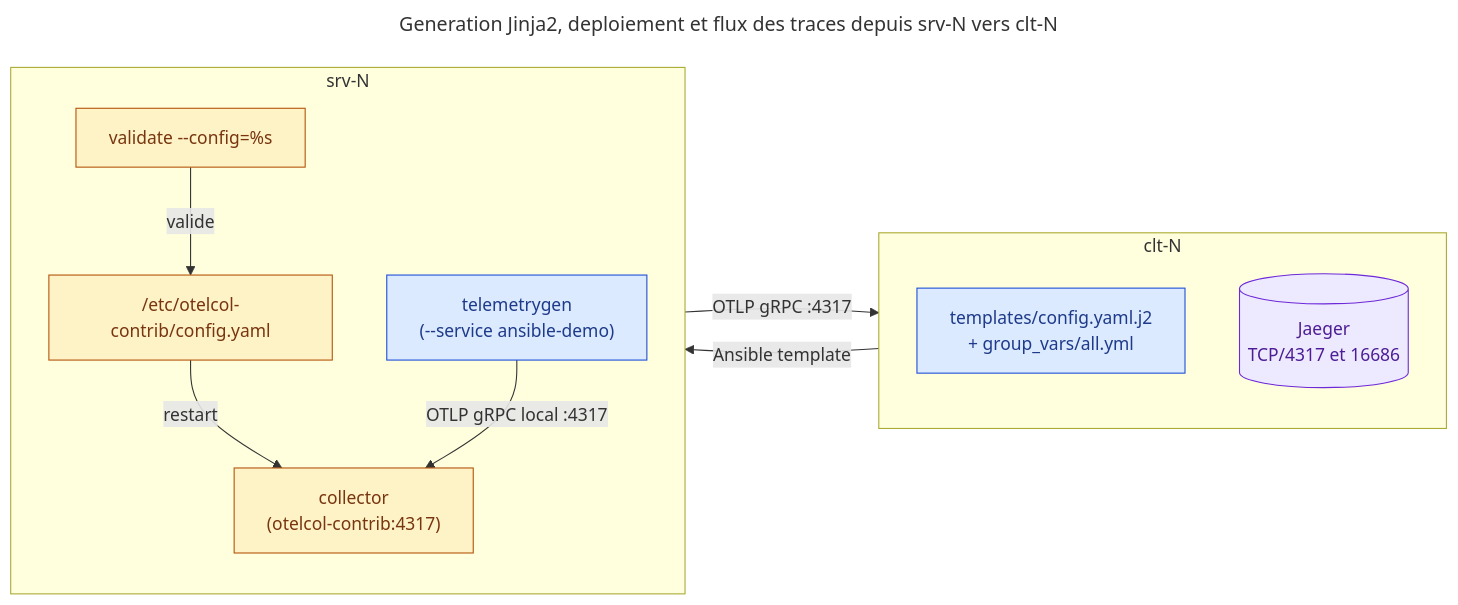
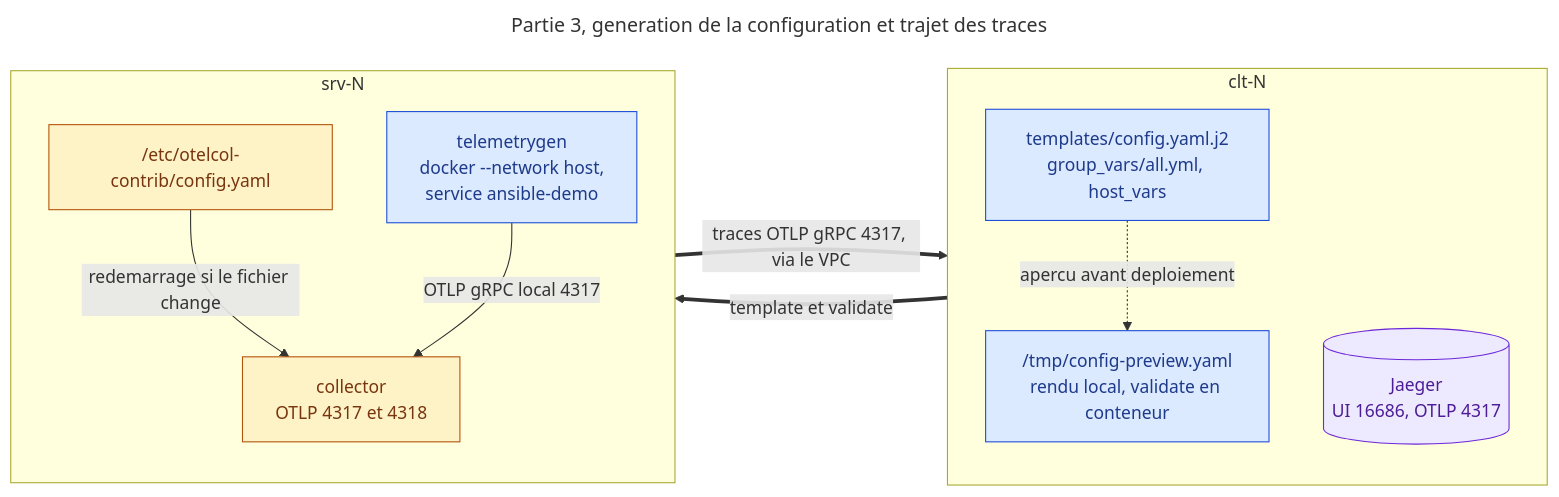
Before and after one commit to pragmatic-fermat/opentelemetry-labs: the fourth of 14 diagrams in Lab_04_Ansible_Jinja2.md, drawn with Mermaid. The commit also changed other lines of this file, not shown here.

First line of the commit message:
lab 4 : reprise des schemas Mermaid et ajouts pour la comprehension

````diff
--- a/Lab_04_Ansible_Jinja2.md
+++ b/Lab_04_Ansible_Jinja2.md
@@ -305,33 +342,33 @@
 ```mermaid
 ---
-title: Generation Jinja2, deploiement et flux des traces depuis srv-N vers clt-N
+title: Partie 3, generation de la configuration et trajet des traces
 ---
 flowchart LR
   subgraph CLT["clt-N"]
     direction TB
-    TPL["templates/config.yaml.j2<br/>+ group_vars/all.yml"]
-    JG[("Jaeger<br/>TCP/4317 et 16686")]
+    TPL["templates/config.yaml.j2<br/>group_vars/all.yml, host_vars"]
+    PRE["/tmp/config-preview.yaml<br/>rendu local, validate en conteneur"]
+    JG[("Jaeger<br/>UI 16686, OTLP 4317")]
+    TPL -.->|"apercu avant deploiement"| PRE
   end
 
   subgraph SRV["srv-N"]
     direction TB
-    VAL["validate --config=%s"]
     CFG["/etc/otelcol-contrib/config.yaml"]
-    TG["telemetrygen<br/>(--service ansible-demo)"]
-    COL["collector<br/>(otelcol-contrib:4317)"]
-    VAL -->|valide| CFG
-    CFG -->|restart| COL
-    TG -->|"OTLP gRPC local :4317"| COL
+    COL["collector<br/>OTLP 4317 et 4318"]
+    TG["telemetrygen<br/>docker --network host,<br/>service ansible-demo"]
+    CFG -->|"redemarrage si le fichier change"| COL
+    TG -->|"OTLP gRPC local 4317"| COL
   end
 
-  TPL -->|"Ansible template"| VAL
-  COL -->|"OTLP gRPC :4317"| JG
+  TPL ==>|"template et validate"| CFG
+  COL ==>|"traces OTLP gRPC 4317, via le VPC"| JG
 
   classDef ctrl fill:#dbeafe,stroke:#1d4ed8,color:#1e3a8a
   classDef col fill:#fef3c7,stroke:#b45309,color:#78350f
   classDef back fill:#ede9fe,stroke:#6d28d9,color:#4c1d95
 
-  class TPL,TG ctrl
-  class VAL,CFG,COL col
+  class TPL,PRE,TG ctrl
+  class CFG,COL col
   class JG back
 ```
````
